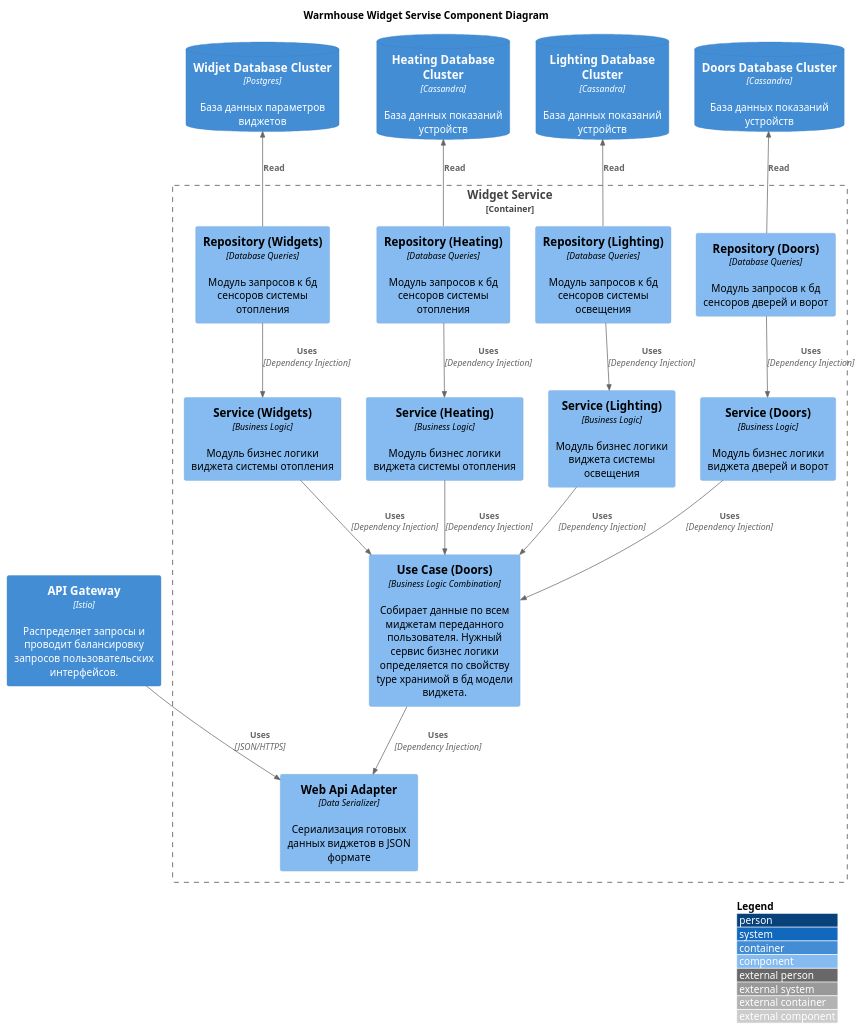
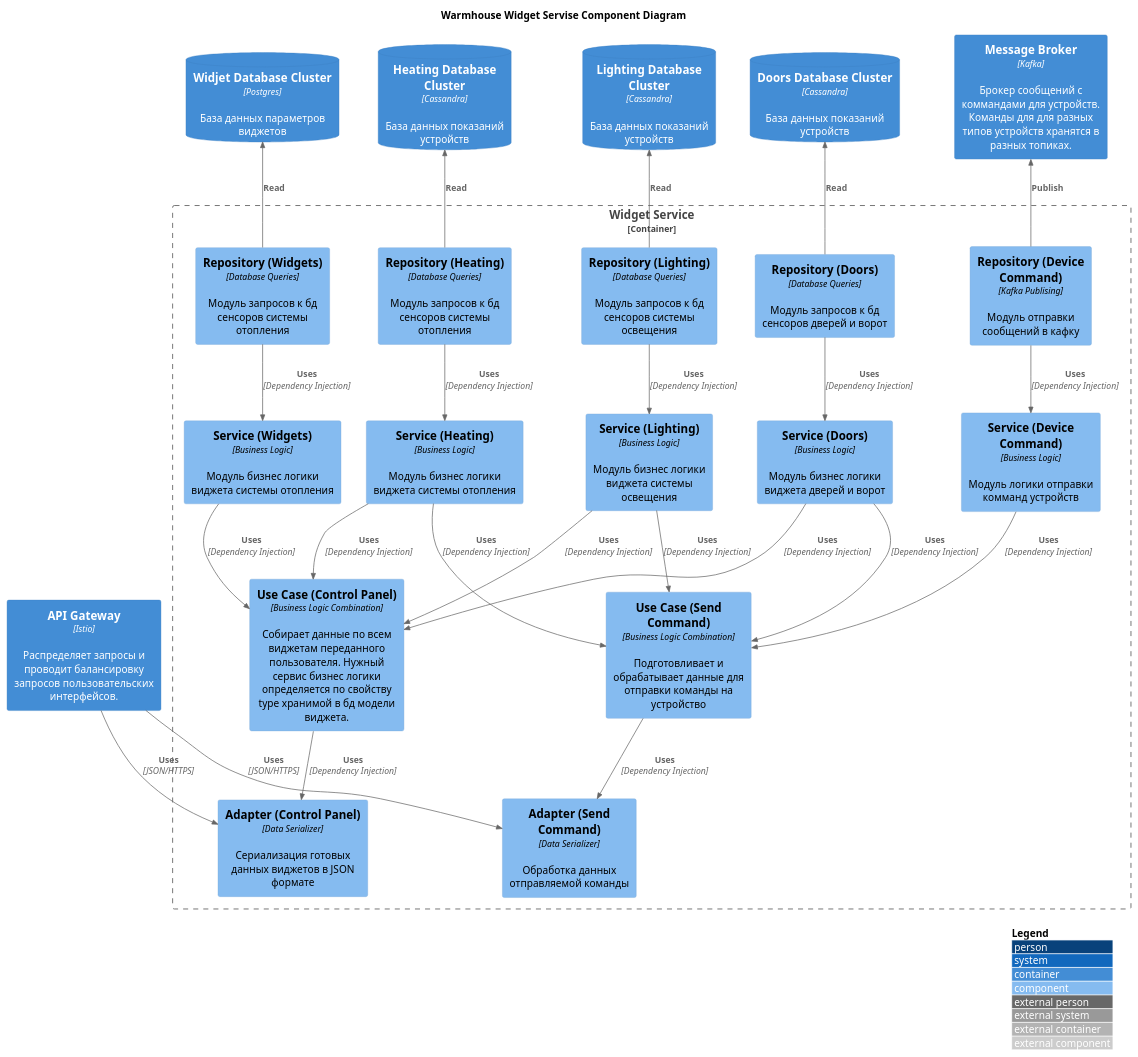
One commit to AlexanderSkySych/architecture-sprint-3 changed the diagram in dock/task_1/2_components/warmhouse_component.puml. Above: the diagram before and after it, drawn with PlantUML.

Commit message:
Finalize component Diagram

```diff
--- a/dock/task_1/2_components/warmhouse_component.puml
+++ b/dock/task_1/2_components/warmhouse_component.puml
@@ -1,50 +1,64 @@
 @startuml
 !include C4_Component.puml
 
 LAYOUT_WITH_LEGEND()
 
 title Warmhouse Widget Servise Component Diagram
 
 Container(api_gateway_app, "API Gateway", "Istio", "Распределяет запросы и проводит балансировку запросов пользовательских интерфейсов.")
     
 Container_Boundary(service_panel, "Widget Service") {
-    Component(layer_adapter, "Web Api Adapter", "Data Serializer", "Сериализация готовых данных виджетов в JSON формате")
+    Component(layer_adapter_panel, "Adapter (Control Panel)", "Data Serializer", "Сериализация готовых данных виджетов в JSON формате")
+    Component(layer_adapter_command, "Adapter (Send Command)", "Data Serializer", "Обработка данных отправляемой команды")
+
+    Component(layer_usecase_panel, "Use Case (Control Panel)" ,"Business Logic Combination" ,"Собирает данные по всем виджетам переданного пользователя. Нужный сервис бизнес логики определяется по свойству type хранимой в бд модели виджета.")
+    Component(layer_usecase_command, "Use Case (Send Command)" ,"Business Logic Combination" ,"Подготовливает и обрабатывает данные для отправки команды на устройство")
+
+    Component(layer_service_widgets, "Service (Widgets)" ,"Business Logic" ,"Модуль бизнес логики виджета системы отопления")
+    Component(layer_service_heating, "Service (Heating)" ,"Business Logic" ,"Модуль бизнес логики виджета системы отопления")
+    Component(layer_service_lighting, "Service (Lighting)" ,"Business Logic" ,"Модуль бизнес логики виджета системы освещения")
+    Component(layer_service_door, "Service (Doors)" ,"Business Logic", "Модуль бизнес логики виджета дверей и ворот")
+    Component(layer_service_command, "Service (Device Command)" ,"Business Logic", "Модуль логики отправки комманд устройств")
 
     Component(layer_repository_widgets, "Repository (Widgets)" ,"Database Queries" ,"Модуль запросов к бд сенсоров системы отопления")
     Component(layer_repository_heating, "Repository (Heating)" ,"Database Queries" ,"Модуль запросов к бд сенсоров системы отопления")
     Component(layer_repository_lighting, "Repository (Lighting)" ,"Database Queries" ,"Модуль запросов к бд сенсоров системы освещения")
     Component(layer_repository_door, "Repository (Doors)" ,"Database Queries" ,"Модуль запросов к бд сенсоров дверей и ворот")
-
-    Component(layer_service_widgets, "Service (Widgets)" ,"Business Logic" ,"Модуль бизнес логики виджета системы отопления")
-    Component(layer_service_heating, "Service (Heating)" ,"Business Logic" ,"Модуль бизнес логики виджета системы отопления")
-    Component(layer_service_lighting, "Service (Lighting)" ,"Business Logic" ,"Модуль бизнес логики виджета системы освещения")
-    Component(layer_service_door, "Service (Doors)" ,"Business Logic", "Модуль бизнес логики виджета дверей и ворот")
-
-    Component(layer_usecase_panel, "Use Case (Doors)" ,"Business Logic Combination" ,"Собирает данные по всем миджетам переданного пользователя. Нужный сервис бизнес логики определяется по свойству type хранимой в бд модели виджета.")
+    Component(layer_repository_command, "Repository (Device Command)" ,"Kafka Publising" ,"Модуль отправки сообщений в кафку")
 }
 
+Container(queue_commands, "Message Broker", "Kafka", "Брокер сообщений с коммандами для устройств. Команды для для разных типов устройств хранятся в разных топиках.", $tags = "storage")
 ContainerDb(database_widgets, "Widjet Database Cluster", "Postgres", "База данных параметров виджетов", $tags = "storage")
 ContainerDb(database_reciever_heating, "Heating Database Cluster", "Cassandra", "База данных показаний устройств", $tags = "storage")
 ContainerDb(database_reciever_lighting, "Lighting Database Cluster", "Cassandra", "База данных показаний устройств", $tags = "storage")
 ContainerDb(database_reciever_door, "Doors Database Cluster", "Cassandra", "База данных показаний устройств", $tags = "storage")
 
-Rel(api_gateway_app, layer_adapter, "Uses", "JSON/HTTPS")
+Rel(api_gateway_app, layer_adapter_panel, "Uses", "JSON/HTTPS")
+Rel(api_gateway_app, layer_adapter_command, "Uses", "JSON/HTTPS")
 
-Rel(layer_usecase_panel, layer_adapter, "Uses", "Dependency Injection")
+Rel(layer_usecase_panel, layer_adapter_panel, "Uses", "Dependency Injection")
+Rel(layer_usecase_command, layer_adapter_command, "Uses", "Dependency Injection")
 
 Rel(layer_service_widgets, layer_usecase_panel, "Uses", "Dependency Injection")
 Rel(layer_service_heating, layer_usecase_panel, "Uses", "Dependency Injection")
 Rel(layer_service_lighting, layer_usecase_panel, "Uses", "Dependency Injection")
 Rel(layer_service_door, layer_usecase_panel, "Uses", "Dependency Injection")
 
+Rel(layer_service_heating, layer_usecase_command, "Uses", "Dependency Injection")
+Rel(layer_service_lighting, layer_usecase_command, "Uses", "Dependency Injection")
+Rel(layer_service_door, layer_usecase_command, "Uses", "Dependency Injection")
+Rel(layer_service_command, layer_usecase_command, "Uses", "Dependency Injection")
+
 Rel(layer_repository_widgets, layer_service_widgets, "Uses", "Dependency Injection")
 Rel(layer_repository_heating, layer_service_heating, "Uses", "Dependency Injection")
 Rel(layer_repository_lighting, layer_service_lighting, "Uses", "Dependency Injection")
 Rel(layer_repository_door, layer_service_door, "Uses", "Dependency Injection")
+Rel(layer_repository_command, layer_service_command, "Uses", "Dependency Injection")
 
 Rel_Back(database_widgets, layer_repository_widgets, "Read")
 Rel_Back(database_reciever_heating, layer_repository_heating, "Read")
 Rel_Back(database_reciever_lighting, layer_repository_lighting, "Read")
 Rel_Back(database_reciever_door, layer_repository_door, "Read")
+Rel_Back(queue_commands, layer_repository_command, "Publish")
 
 @enduml
```
